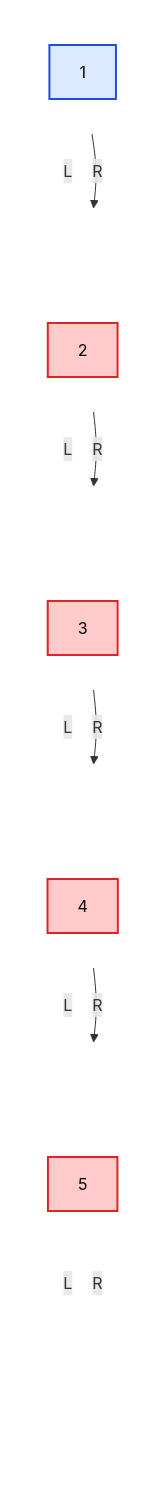
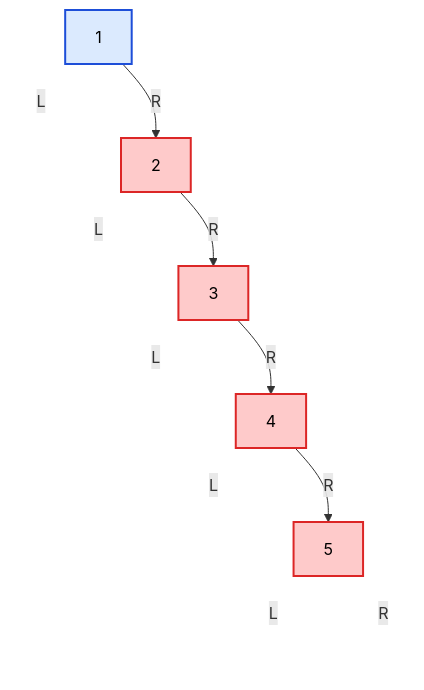
One commit to FormingSystem/linux_note changed the first of 6 diagrams in knowledge/linux/data_structures/红黑树_rb-tree/P04_为什么_BST_会退化.md. Above: the diagram before and after it, drawn with Mermaid. The commit also changed other lines of this file and 5 other files, not shown here.

First line of the commit message:
fix(repository/mermaid): 修复跨渲染器树图布局

````diff
--- a/knowledge/linux/data_structures/红黑树_rb-tree/P04_为什么_BST_会退化.md
+++ b/knowledge/linux/data_structures/红黑树_rb-tree/P04_为什么_BST_会退化.md
@@ -62,74 +62,50 @@
 ```mermaid
 graph TD
-	subgraph level0[" "]
-		direction LR
 		A["1"]
-	end
 
-	subgraph level1[" "]
-		direction LR
 		A_L[" "]
 		B["2"]
-	end
 
-	subgraph level2[" "]
-		direction LR
 		B_L[" "]
 		C["3"]
-	end
 
-	subgraph level3[" "]
-		direction LR
 		C_L[" "]
 		D["4"]
-	end
 
-	subgraph level4[" "]
-		direction LR
 		D_L[" "]
 		E["5"]
-	end
 
-	subgraph level5[" "]
-		direction LR
 		E_L[" "]
 		E_R[" "]
-	end
 
 	A -->|L| A_L
 	A -->|R| B
 
 	B -->|L| B_L
 	B -->|R| C
 
 	C -->|L| C_L
 	C -->|R| D
 
 	D -->|L| D_L
 	D -->|R| E
 
 	E -->|L| E_L
 	E -->|R| E_R
 
 	classDef root_node fill:#dbeafe,stroke:#1d4ed8,stroke-width:2px,color:#000;
 	classDef bad_node fill:#fecaca,stroke:#dc2626,stroke-width:2px,color:#000;
 	classDef ghost fill:transparent,stroke:transparent,color:transparent;
 
 	class A root_node;
 	class B,C,D,E bad_node;
 	class A_L,B_L,C_L,D_L,E_L,E_R ghost;
 
-	style level0 fill:transparent,stroke:transparent;
-	style level1 fill:transparent,stroke:transparent;
-	style level2 fill:transparent,stroke:transparent;
-	style level3 fill:transparent,stroke:transparent;
-	style level4 fill:transparent,stroke:transparent;
-	style level5 fill:transparent,stroke:transparent;
 
 	linkStyle 0 stroke:transparent;
 	linkStyle 2 stroke:transparent;
 	linkStyle 4 stroke:transparent;
 	linkStyle 6 stroke:transparent;
 	linkStyle 8 stroke:transparent;
 	linkStyle 9 stroke:transparent;
 ```
````
